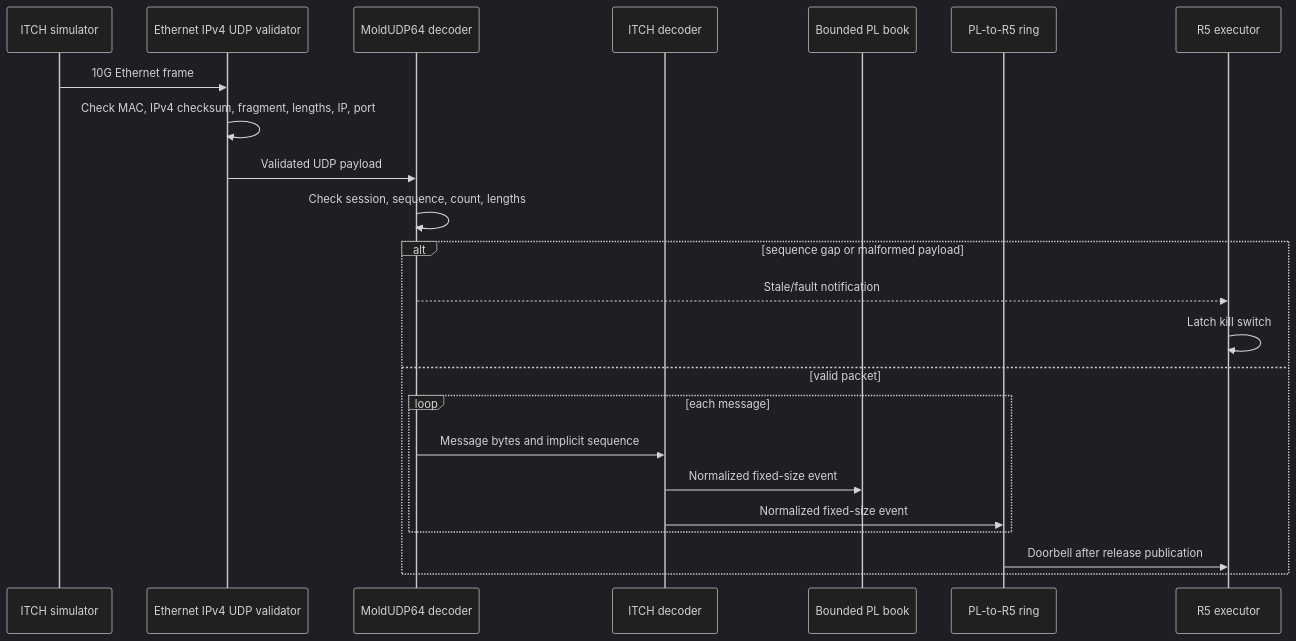
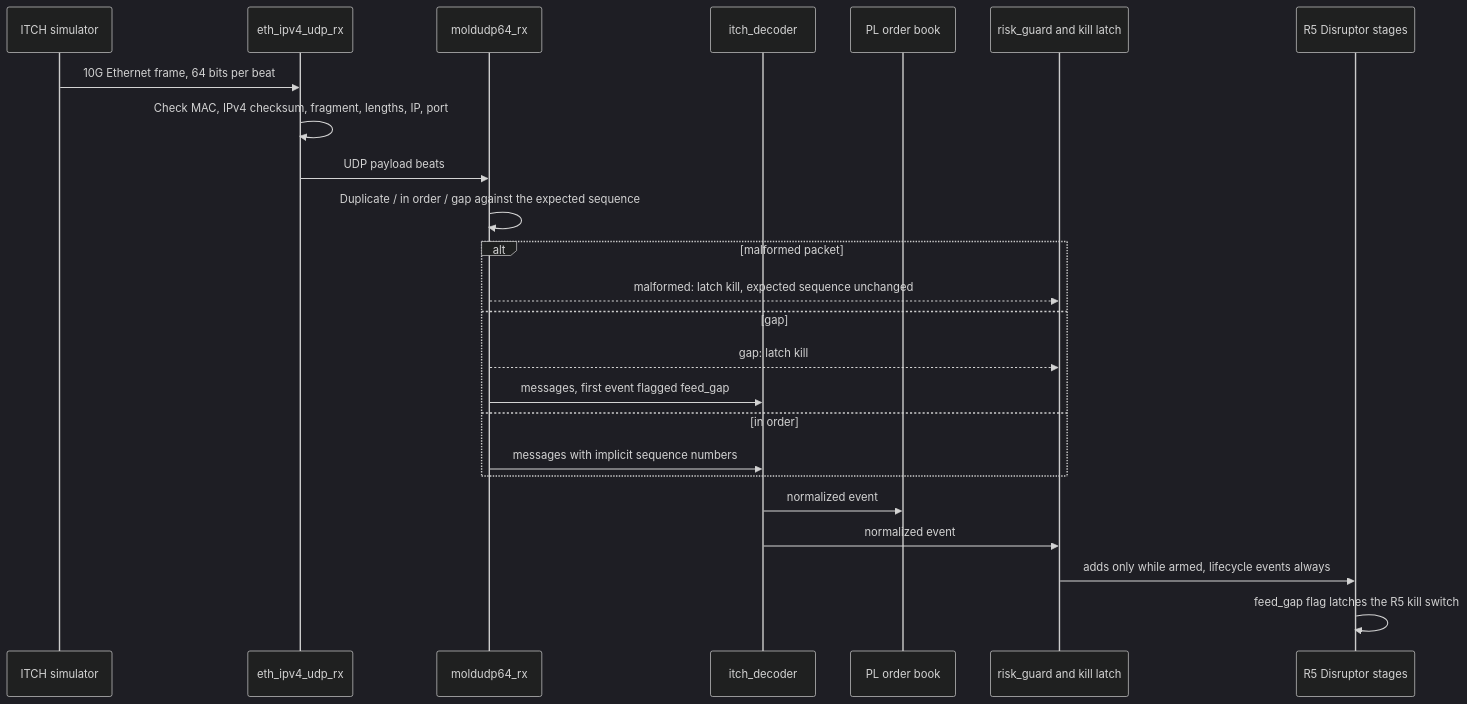
Before and after one commit to ps-chong/hft-toy-project: the first of 2 diagrams in docs/architecture/protocol-flow.md, drawn with Mermaid (dark theme). The commit also changed other lines of this file and 74 other files, not shown here.

First line of the commit message:
docs: README with figures, workflow guides and refreshed architecture

````diff
--- a/docs/architecture/protocol-flow.md
+++ b/docs/architecture/protocol-flow.md
@@ -14,25 +14,26 @@
 ```mermaid
 sequenceDiagram
     participant Sim as ITCH simulator
-    participant UDP as Ethernet IPv4 UDP validator
-    participant Mold as MoldUDP64 decoder
-    participant Itch as ITCH decoder
-    participant Book as Bounded PL book
-    participant Ring as PL-to-R5 ring
-    participant Exec as R5 executor
-    Sim->>UDP: 10G Ethernet frame
+    participant UDP as eth_ipv4_udp_rx
+    participant Mold as moldudp64_rx
+    participant Itch as itch_decoder
+    participant Book as PL order book
+    participant Risk as risk_guard and kill latch
+    participant R5 as R5 Disruptor stages
+    Sim->>UDP: 10G Ethernet frame, 64 bits per beat
     UDP->>UDP: Check MAC, IPv4 checksum, fragment, lengths, IP, port
-    UDP->>Mold: Validated UDP payload
-    Mold->>Mold: Check session, sequence, count, lengths
-    alt sequence gap or malformed payload
-        Mold-->>Exec: Stale/fault notification
-        Exec->>Exec: Latch kill switch
-    else valid packet
-        loop each message
-            Mold->>Itch: Message bytes and implicit sequence
-            Itch->>Book: Normalized fixed-size event
-            Itch->>Ring: Normalized fixed-size event
-        end
-        Ring->>Exec: Doorbell after release publication
+    UDP->>Mold: UDP payload beats
+    Mold->>Mold: Duplicate / in order / gap against the expected sequence
+    alt malformed packet
+        Mold-->>Risk: malformed: latch kill, expected sequence unchanged
+    else gap
+        Mold-->>Risk: gap: latch kill
+        Mold->>Itch: messages, first event flagged feed_gap
+    else in order
+        Mold->>Itch: messages with implicit sequence numbers
     end
+    Itch->>Book: normalized event
+    Itch->>Risk: normalized event
+    Risk->>R5: adds only while armed, lifecycle events always
+    R5->>R5: feed_gap flag latches the R5 kill switch
 ```
````
